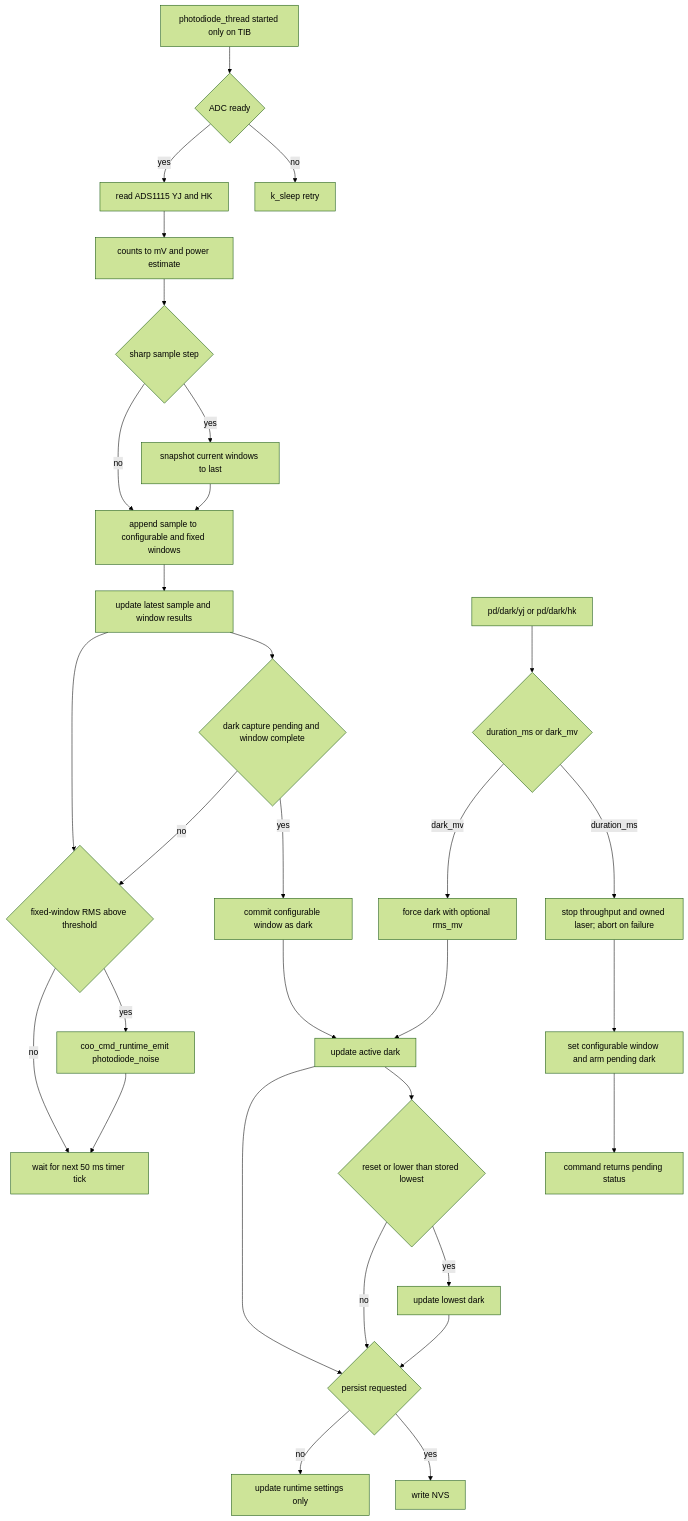
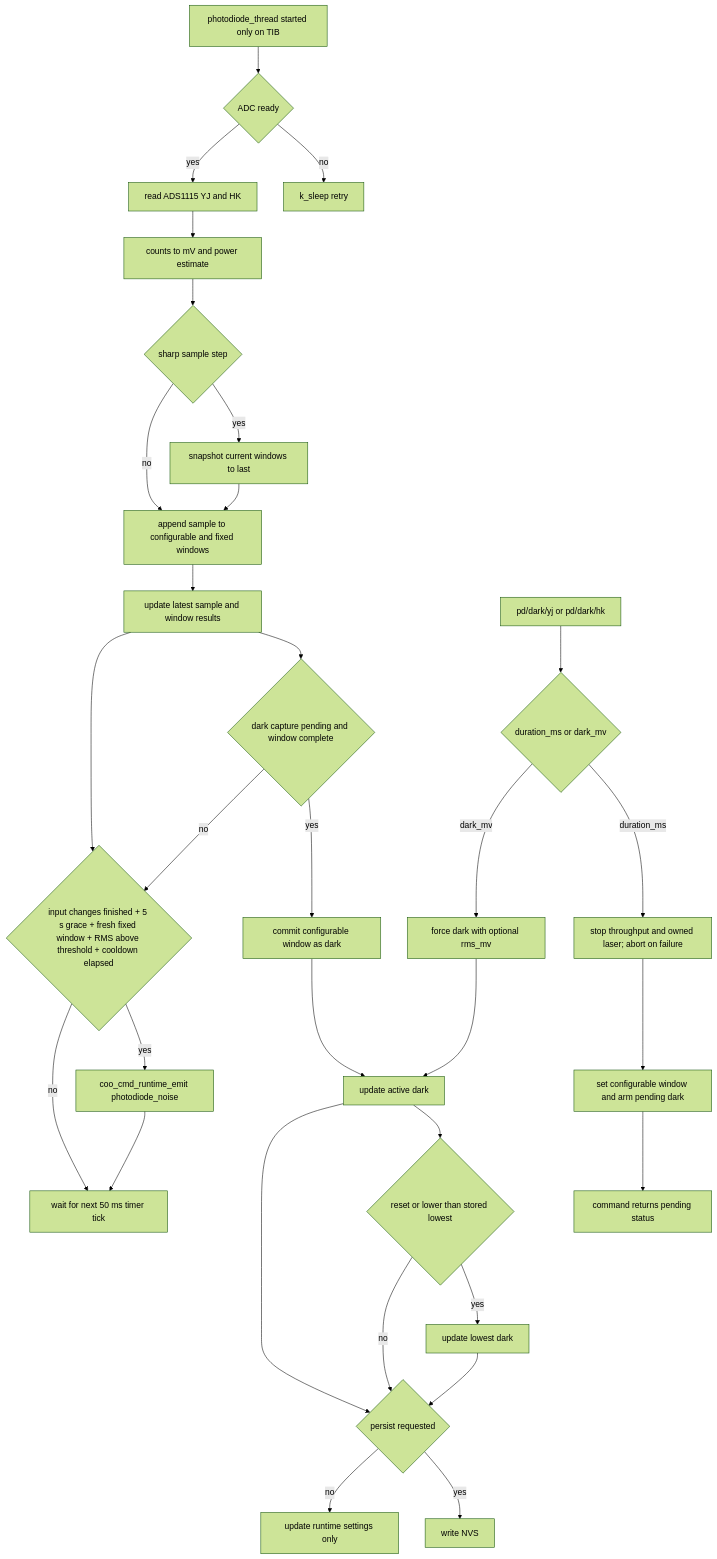
Before and after one commit to COO-Utilities/hispec-tib: the tenth of 25 diagrams in doc/diagrams.md, drawn with Mermaid (forest theme). The commit also changed 12 other files, not shown here.

````diff
--- a/doc/diagrams.md
+++ b/doc/diagrams.md
@@ -198,35 +198,35 @@
 ```mermaid
 flowchart TD
   Thread[photodiode_thread started only on TIB] --> Adc{ADC ready}
   Adc -- no --> Sleep[k_sleep retry]
   Adc -- yes --> Sample[read ADS1115 YJ and HK]
   Sample --> Convert[counts to mV and power estimate]
   Convert --> Step{sharp sample step}
   Step -- yes --> Snapshot[snapshot current windows to last]
   Step -- no --> Windows
   Snapshot --> Windows[append sample to configurable and fixed windows]
   Windows --> Status[update latest sample and window results]
   Status --> PendingDark{dark capture pending and window complete}
   PendingDark -- yes --> DarkCommit[commit configurable window as dark]
   PendingDark -- no --> Warn
-  Status --> Warn{fixed-window RMS above threshold}
+  Status --> Warn{input changes finished + 5 s grace + fresh fixed window + RMS above threshold + cooldown elapsed}
   Warn -- yes --> Emit[coo_cmd_runtime_emit photodiode_noise]
   Warn -- no --> SleepPeriod
   Emit --> SleepPeriod
   SleepPeriod[wait for next 50 ms timer tick]
 
   DarkCmd[pd/dark/yj or pd/dark/hk] --> DarkMode{duration_ms or dark_mv}
   DarkMode -- duration_ms --> StopTP[stop throughput and owned laser; abort on failure]
   StopTP --> Arm[set configurable window and arm pending dark]
   Arm --> Query[command returns pending status]
   DarkMode -- dark_mv --> Force[force dark with optional rms_mv]
   Force --> Commit[update active dark]
   DarkCommit --> Commit
   Commit --> Lowest{reset or lower than stored lowest}
   Lowest -- yes --> LowestStore[update lowest dark]
   Lowest -- no --> Persist
   LowestStore --> Persist
   Commit --> Persist{persist requested}
   Persist -- yes --> NVS[write NVS]
   Persist -- no --> Runtime[update runtime settings only]
 ```
````
